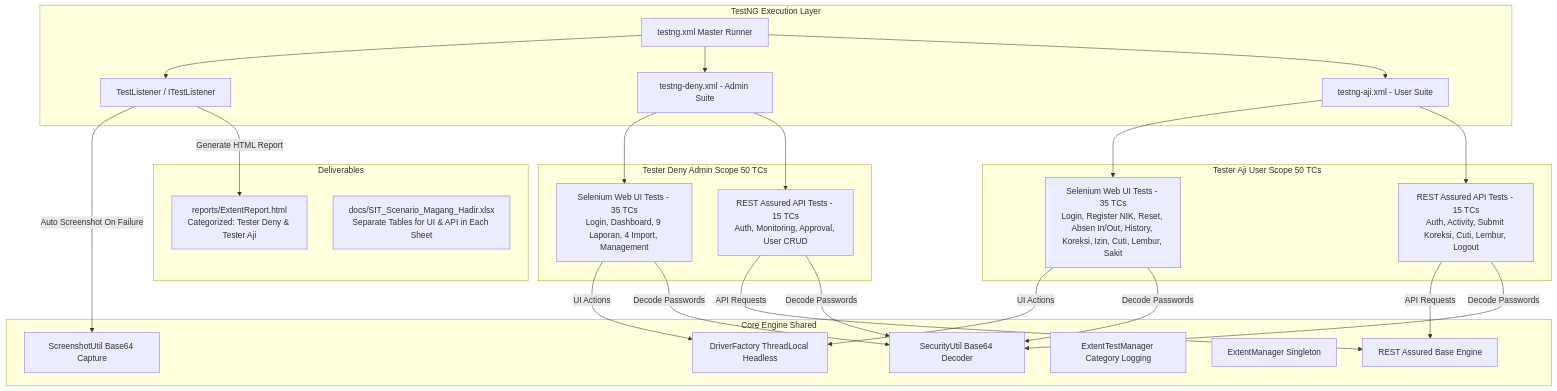
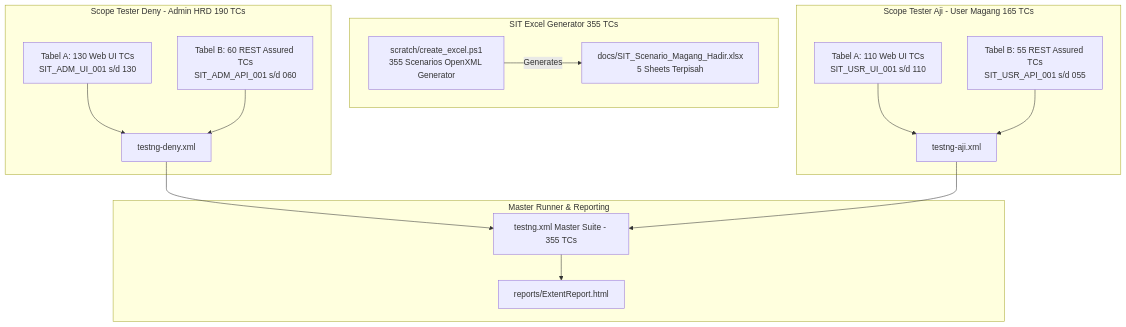
The first of 2 diagrams in plan.md (DenyIM/aji-deny-groupProject-sqa1-juaracoding), drawn with Mermaid before and after one commit. The commit also changed other lines of this file and 3 other files, not shown here.

Commit message:
docs: update SIT test scenarios to 355 test cases and expand README documentation

````diff
--- a/plan.md
+++ b/plan.md
@@ -107,38 +44,28 @@
 ```mermaid
 flowchart TD
-    subgraph TestNG Execution Layer
-        TXML[testng.xml Master Runner] --> TL[TestListener / ITestListener]
-        TXML --> DENY_SUITE[testng-deny.xml - Admin Suite]
-        TXML --> AJI_SUITE[testng-aji.xml - User Suite]
+    subgraph SIT Excel Generator 355 TCs
+        PS[scratch/create_excel.ps1\n355 Scenarios OpenXML Generator]
+        XLSX[docs/SIT_Scenario_Magang_Hadir.xlsx\n5 Sheets Terpisah]
+        PS -->|Generates| XLSX
     end
 
-    subgraph Tester Deny Admin Scope 50 TCs
-        DENY_SUITE --> D_UI[Selenium Web UI Tests - 35 TCs\nLogin, Dashboard, 9 Laporan, 4 Import, Management]
-        DENY_SUITE --> D_API[REST Assured API Tests - 15 TCs\nAuth, Monitoring, Approval, User CRUD]
+    subgraph Scope Tester Deny - Admin HRD 190 TCs
+        D_UI[Tabel A: 130 Web UI TCs\nSIT_ADM_UI_001 s/d 130]
+        D_API[Tabel B: 60 REST Assured TCs\nSIT_ADM_API_001 s/d 060]
+        XML_D[testng-deny.xml]
+        D_UI & D_API --> XML_D
     end
 
-    subgraph Tester Aji User Scope 50 TCs
-        AJI_SUITE --> A_UI[Selenium Web UI Tests - 35 TCs\nLogin, Register NIK, Reset, Absen In/Out, History, Koreksi, Izin, Cuti, Lembur, Sakit]
-        AJI_SUITE --> A_API[REST Assured API Tests - 15 TCs\nAuth, Activity, Submit Koreksi, Cuti, Lembur, Logout]
+    subgraph Scope Tester Aji - User Magang 165 TCs
+        A_UI[Tabel A: 110 Web UI TCs\nSIT_USR_UI_001 s/d 110]
+        A_API[Tabel B: 55 REST Assured TCs\nSIT_USR_API_001 s/d 055]
+        XML_A[testng-aji.xml]
+        A_UI & A_API --> XML_A
     end
 
-    subgraph Core Engine Shared
-        SEC[SecurityUtil Base64 Decoder]
-        DF[DriverFactory ThreadLocal Headless]
-        RA[REST Assured Base Engine]
-        ETM[ExtentTestManager Category Logging]
-        EM[ExtentManager Singleton]
-        SU[ScreenshotUtil Base64 Capture]
+    subgraph Master Runner & Reporting
+        XML_M[testng.xml Master Suite - 355 TCs]
+        XML_D & XML_A --> XML_M
+        XML_M --> EXT[reports/ExtentReport.html]
     end
-
-    subgraph Deliverables
-        REP[reports/ExtentReport.html\nCategorized: Tester Deny & Tester Aji]
-        SIT[docs/SIT_Scenario_Magang_Hadir.xlsx\nSeparate Tables for UI & API in Each Sheet]
-    end
-
-    D_UI & A_UI -->|UI Actions| DF
-    D_API & A_API -->|API Requests| RA
-    D_UI & A_UI & D_API & A_API -->|Decode Passwords| SEC
-    TL -->|Auto Screenshot On Failure| SU
-    TL -->|Generate HTML Report| REP
 ```
````
